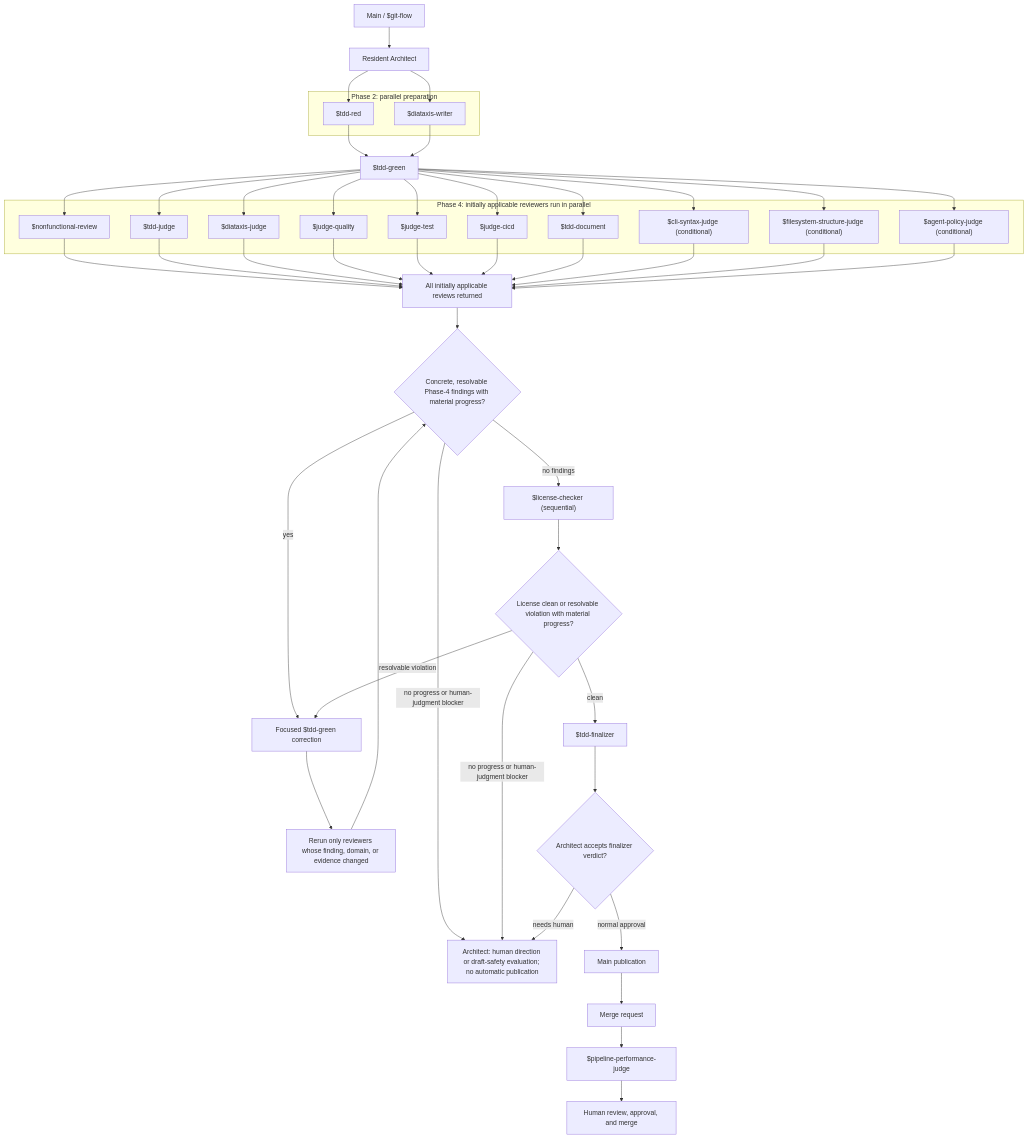
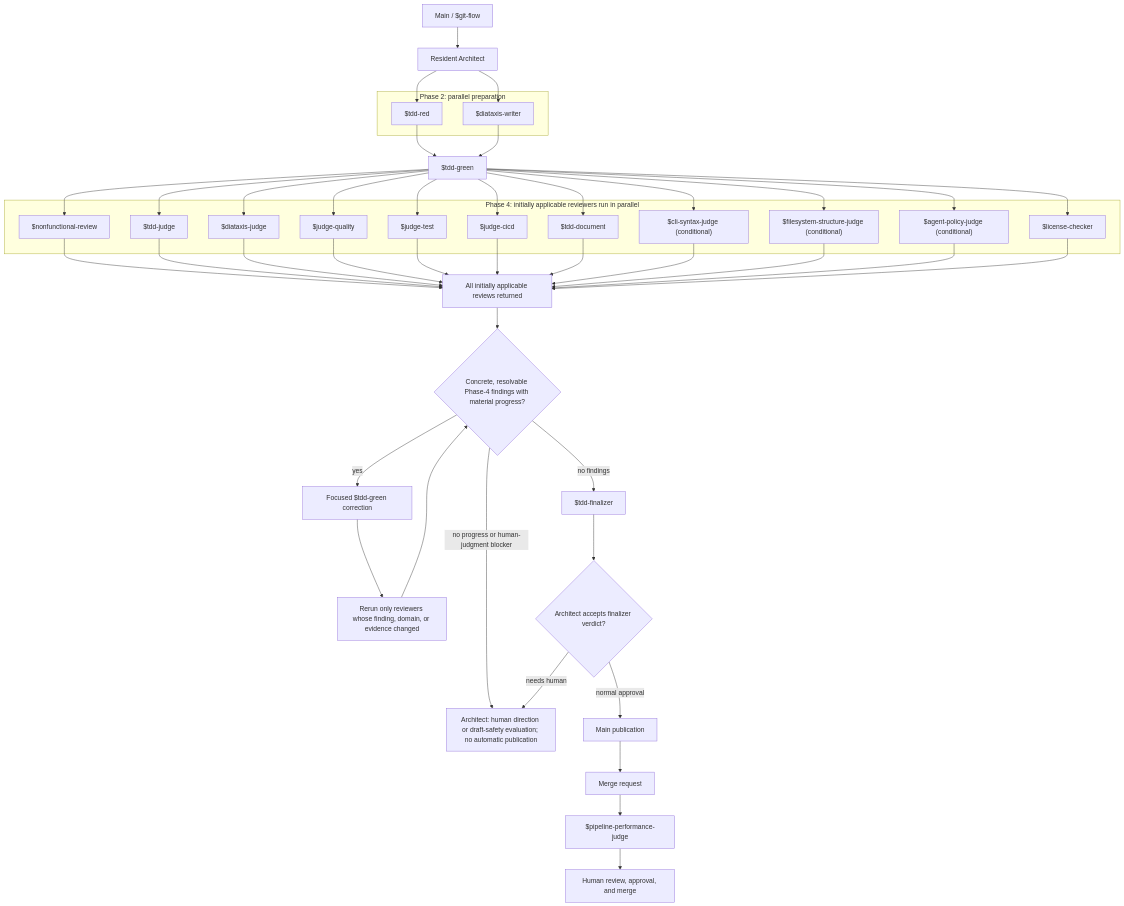
Before and after one commit to dfwguy/nvis-ova-agentic-copier: the first of 5 diagrams in docs/explanation/agentic-workflow.md, drawn with Mermaid. The commit also changed other lines of this file and 18 other files, not shown here.

````diff
--- a/docs/explanation/agentic-workflow.md
+++ b/docs/explanation/agentic-workflow.md
@@ -129,60 +131,59 @@
 ```mermaid
 flowchart TD
     main["Main / $git-flow"] --> architect["Resident Architect"]
     subgraph phase2["Phase 2: parallel preparation"]
         red["$tdd-red"]
         writer["$diataxis-writer"]
     end
     architect --> red
     architect --> writer
     red --> green["$tdd-green"]
     writer --> green
     subgraph phase4["Phase 4: initially applicable reviewers run in parallel"]
         nonfunctional["$nonfunctional-review"]
         judge["$tdd-judge"]
         diataxis["$diataxis-judge"]
         quality["$judge-quality"]
         testjudge["$judge-test"]
         cicd["$judge-cicd"]
         readme["$tdd-document"]
         cli["$cli-syntax-judge (conditional)"]
         filesystem["$filesystem-structure-judge (conditional)"]
         policy["$agent-policy-judge (conditional)"]
+        license["$license-checker"]
     end
     green --> nonfunctional
     green --> judge
     green --> diataxis
     green --> quality
     green --> testjudge
     green --> cicd
     green --> readme
     green --> cli
     green --> filesystem
     green --> policy
+    green --> license
     nonfunctional --> reviews["All initially applicable reviews returned"]
     judge --> reviews
     diataxis --> reviews
     quality --> reviews
     testjudge --> reviews
     cicd --> reviews
     readme --> reviews
     cli --> reviews
     filesystem --> reviews
     policy --> reviews
+    license --> reviews
     reviews --> phase4outcome{"Concrete, resolvable Phase-4 findings with material progress?"}
     phase4outcome -- "yes" --> focusedgreen["Focused $tdd-green correction"]
     focusedgreen --> selective["Rerun only reviewers whose finding, domain, or evidence changed"]
     selective --> phase4outcome
-    phase4outcome -- "no findings" --> license["$license-checker (sequential)"]
+    phase4outcome -- "no findings" --> finalizer["$tdd-finalizer"]
     phase4outcome -- "no progress or human-judgment blocker" --> humanstop["Architect: human direction or draft-safety evaluation; no automatic publication"]
-    license --> licenseoutcome{"License clean or resolvable violation with material progress?"}
-    licenseoutcome -- "clean" --> finalizer["$tdd-finalizer"]
-    licenseoutcome -- "resolvable violation" --> focusedgreen
-    licenseoutcome -- "no progress or human-judgment blocker" --> humanstop
     finalizer --> decision{"Architect accepts finalizer verdict?"}
     decision -- "normal approval" --> publish["Main publication"]
     decision -- "needs human" --> humanstop
     publish --> mr["Merge request"]
     mr --> pipeline["$pipeline-performance-judge"]
     pipeline --> human["Human review, approval, and merge"]
 ```
````
